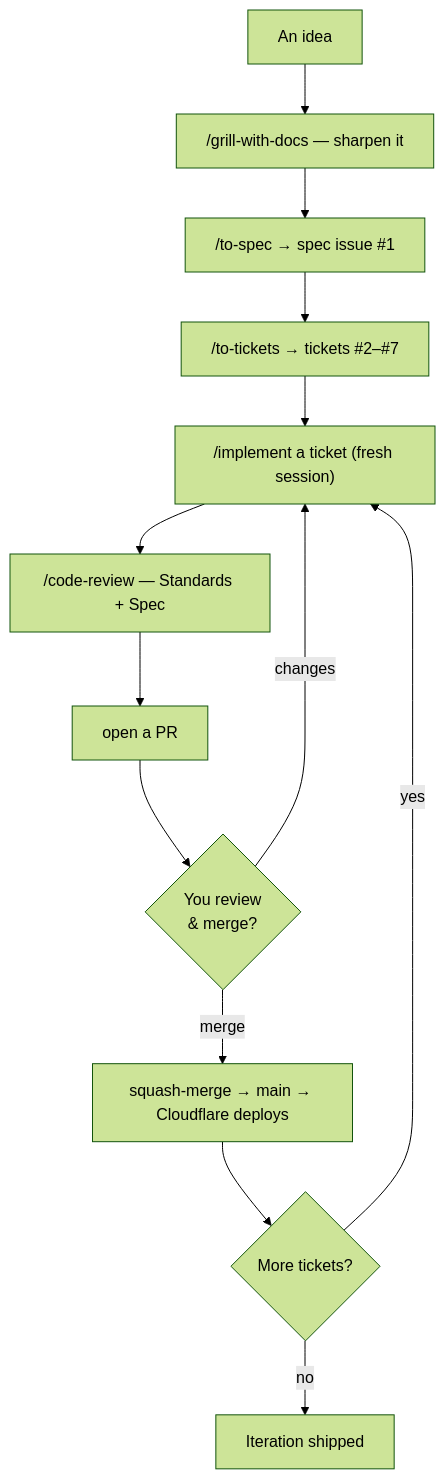
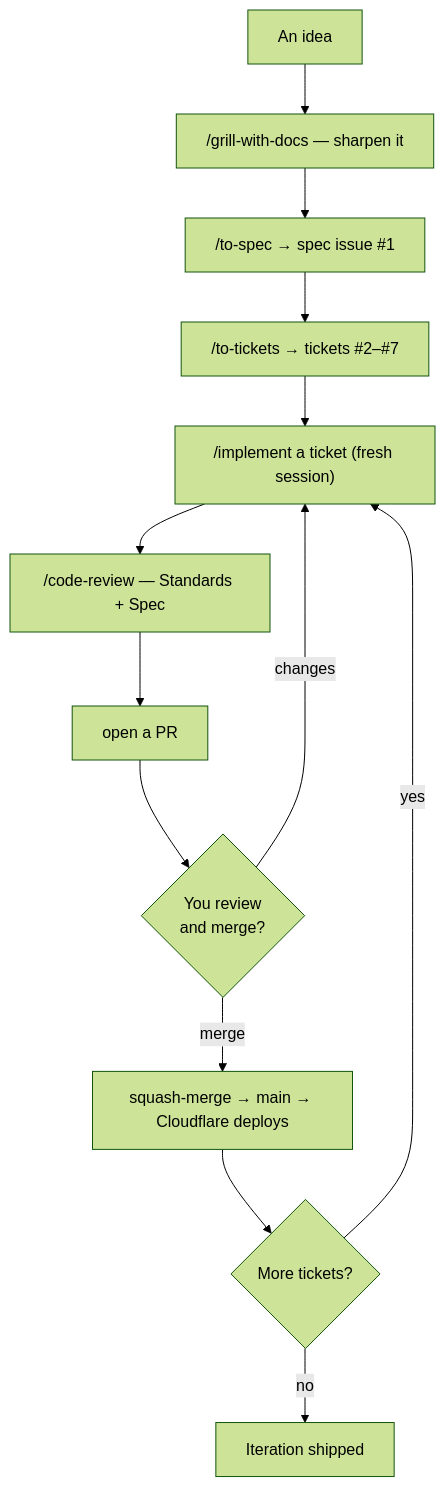
One commit to tediscript/wordflare changed the first of 2 diagrams in README.md. Above: the diagram before and after it, drawn with Mermaid (forest theme). The commit also changed other lines of this file, not shown here.

First line of the commit message:
Fix Mermaid sequenceDiagram syntax (avoid # and ; in message text)

````diff
--- a/README.md
+++ b/README.md
@@ -17,15 +17,15 @@
 ```mermaid
 flowchart TD
   A["An idea"] --> B["/grill-with-docs — sharpen it"]
   B --> C["/to-spec  →  spec issue #1"]
   C --> D["/to-tickets  →  tickets #2–#7"]
   D --> E["/implement a ticket (fresh session)"]
   E --> F["/code-review — Standards + Spec"]
   F --> G["open a PR"]
-  G --> H{"You review<br/>& merge?"}
+  G --> H{"You review<br/>and merge?"}
   H -->|changes| E
   H -->|merge| I["squash-merge → main → Cloudflare deploys"]
   I --> J{"More tickets?"}
   J -->|yes| E
   J -->|no| K["Iteration shipped"]
 ```
````
